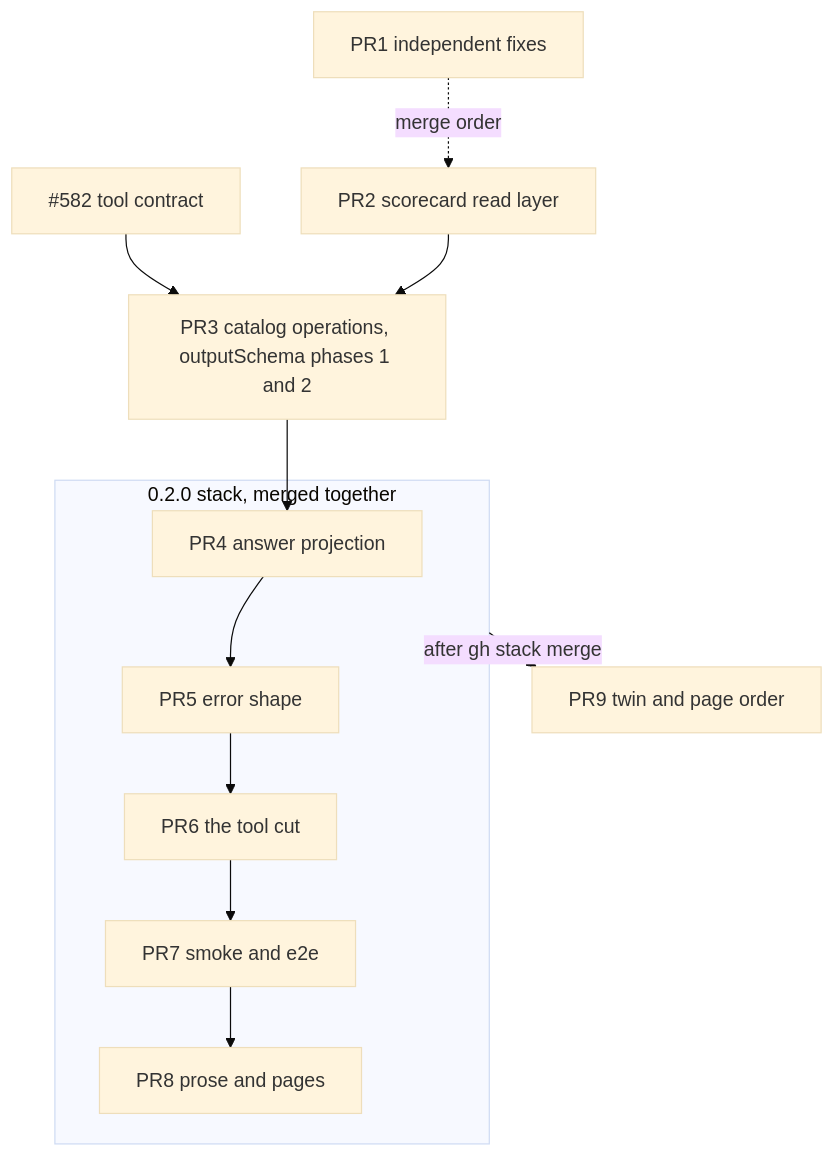
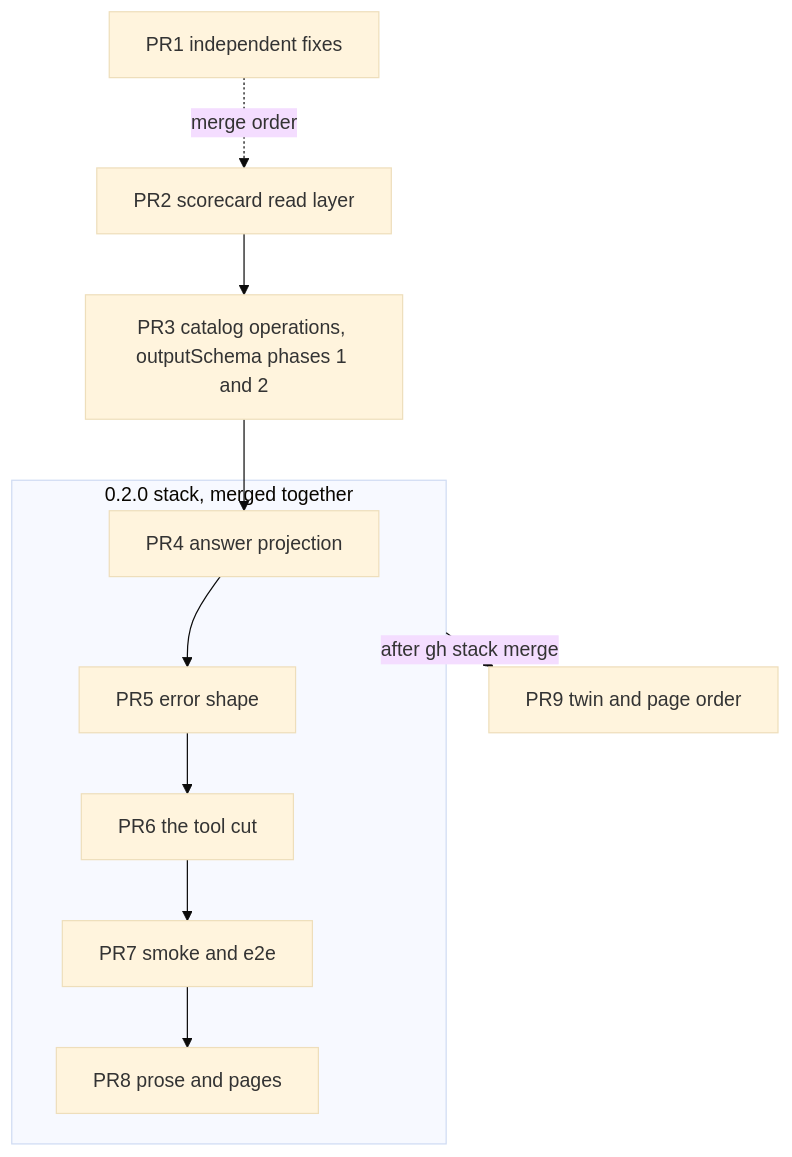
Before and after one commit to brettdavies/agentnative-site: the third of 3 diagrams in docs/plans/2026-11-12-2154-feat-mcp-operation-layer-plan.md, drawn with Mermaid (base theme). The commit also changed other lines of this file, not shown here.

````diff
--- a/docs/plans/2026-11-12-2154-feat-mcp-operation-layer-plan.md
+++ b/docs/plans/2026-11-12-2154-feat-mcp-operation-layer-plan.md
@@ -336,11 +353,10 @@
 ```mermaid
 flowchart TB
-  X582[#582 tool contract] --> PR3
   PR1[PR1 independent fixes] -.merge order.-> PR2
   PR2[PR2 scorecard read layer] --> PR3[PR3 catalog operations, outputSchema phases 1 and 2]
   PR3 --> PR4
   subgraph Stack[0.2.0 stack, merged together]
     PR4[PR4 answer projection] --> PR5[PR5 error shape] --> PR6[PR6 the tool cut] --> PR7[PR7 smoke and e2e] --> PR8[PR8 prose and pages]
   end
   Stack -->|after gh stack merge| PR9[PR9 twin and page order]
 ```
````
